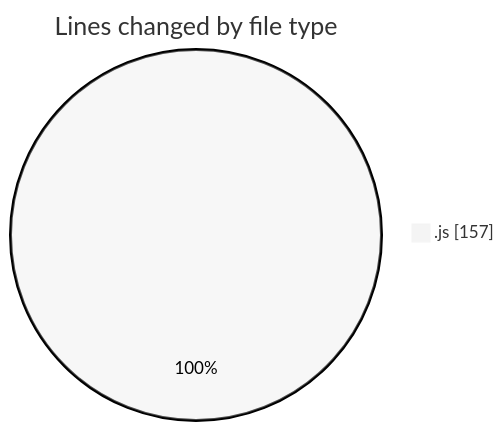
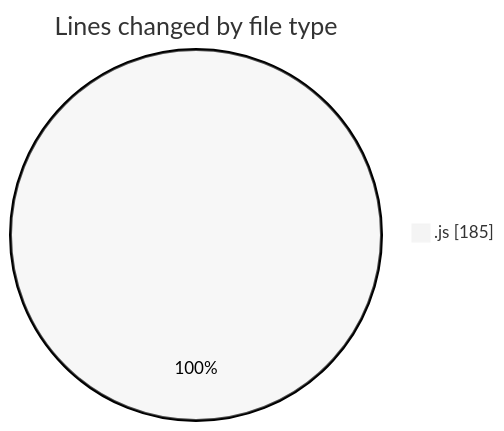
The first of 2 diagrams in 2025-07-18/mern-workoutboard/README.md (Ritupan-Deka/code-tracking), drawn with Mermaid (neutral theme) before and after one commit. The commit also changed other lines of this file and 1 other file, not shown here.

````diff
--- a/2025-07-18/mern-workoutboard/README.md
+++ b/2025-07-18/mern-workoutboard/README.md
@@ -22,5 +22,5 @@
 ```mermaid
 pie showData
 title Lines changed by file type
-".js" : 157
+".js" : 185
 ```
````
